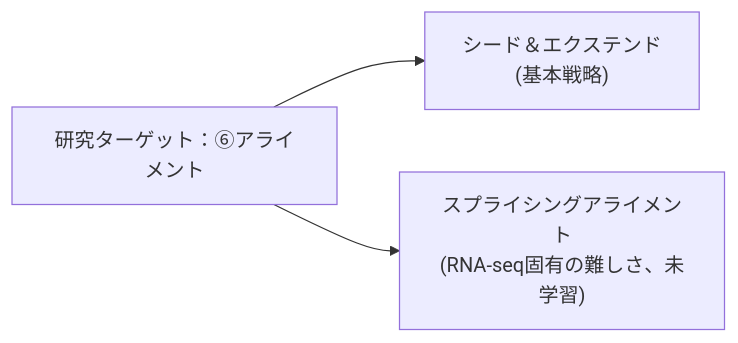
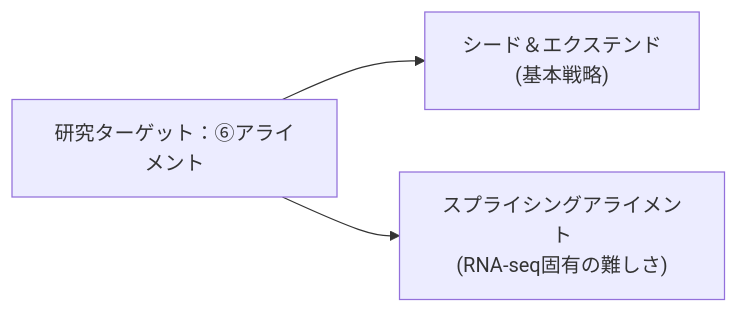
One commit to Nya-Sci/digital_brain_garden changed the second of 2 diagrams in content/研究/NGS/基礎学習/バイオインフォ入門.md. Above: the diagram before and after it, drawn with Mermaid. The commit also changed other lines of this file and 4 other files, not shown here.

````diff
--- a/content/研究/NGS/基礎学習/バイオインフォ入門.md
+++ b/content/研究/NGS/基礎学習/バイオインフォ入門.md
@@ -52,5 +52,5 @@
 ```mermaid
 flowchart LR
     Target["研究ターゲット：⑥アライメント"] --> T1["シード＆エクステンド<br/>(基本戦略)"]
-    Target --> T2["スプライシングアライメント<br/>(RNA-seq固有の難しさ、未学習)"]
+    Target --> T2["スプライシングアライメント<br/>(RNA-seq固有の難しさ)"]
 ```
````
